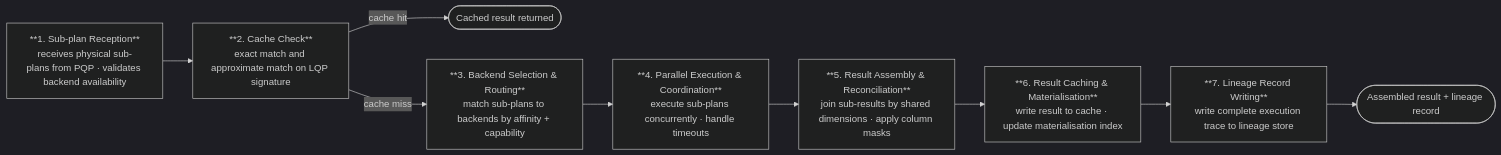
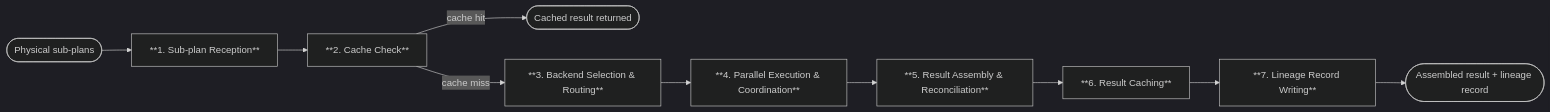
The eighth of 8 diagrams in docs/product/analytics/01-core-capabilities.md (M-A-Operating-System/shared-work), drawn with Mermaid (dark theme) before and after one commit. The commit also changed other lines of this file, not shown here.

First line of the commit message:
Restructure FQE section: simplified mermaid, prose step descriptions

````diff
--- a/docs/product/analytics/01-core-capabilities.md
+++ b/docs/product/analytics/01-core-capabilities.md
@@ -886,17 +886,18 @@
 ```mermaid
 flowchart LR
-    S1["**1. Sub-plan Reception**\nreceives physical sub-plans from PQP · validates backend availability"]
-    S2["**2. Cache Check**\nexact match and approximate match on LQP signature"]
+    START(["Physical sub-plans"])
+    S1["**1. Sub-plan Reception**"]
+    S2["**2. Cache Check**"]
     CACHED(["Cached result returned"])
-    S3["**3. Backend Selection & Routing**\nmatch sub-plans to backends by affinity + capability"]
-    S4["**4. Parallel Execution & Coordination**\nexecute sub-plans concurrently · handle timeouts"]
-    S5["**5. Result Assembly & Reconciliation**\njoin sub-results by shared dimensions · apply column masks"]
-    S6["**6. Result Caching & Materialisation**\nwrite result to cache · update materialisation index"]
-    S7["**7. Lineage Record Writing**\nwrite complete execution trace to lineage store"]
+    S3["**3. Backend Selection & Routing**"]
+    S4["**4. Parallel Execution & Coordination**"]
+    S5["**5. Result Assembly & Reconciliation**"]
+    S6["**6. Result Caching**"]
+    S7["**7. Lineage Record Writing**"]
     RESULT(["Assembled result + lineage record"])
 
-    S1 --> S2
+    START --> S1 --> S2
     S2 -->|cache hit| CACHED
     S2 -->|cache miss| S3
     S3 --> S4 --> S5 --> S6 --> S7 --> RESULT
 ```
````
